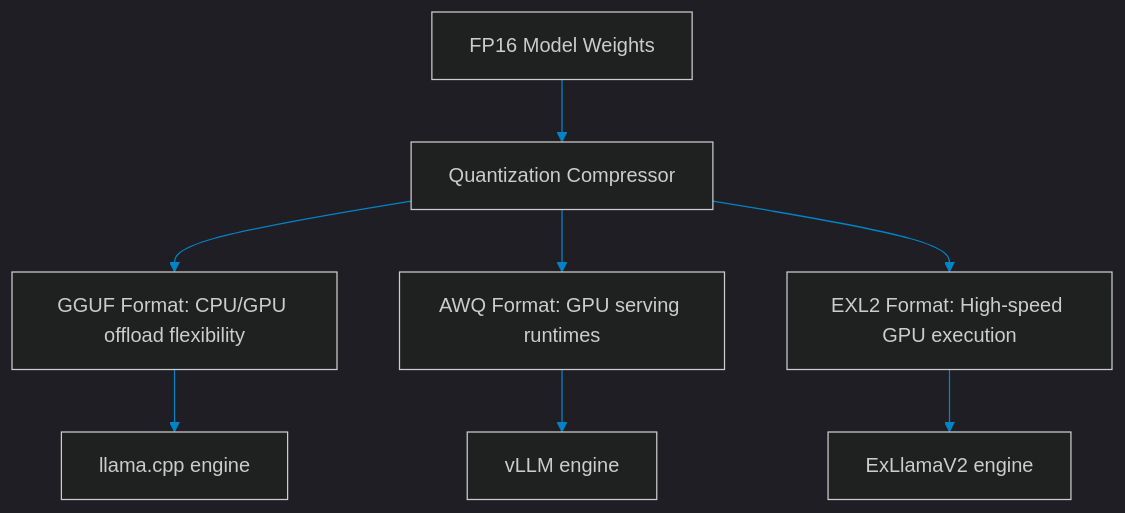
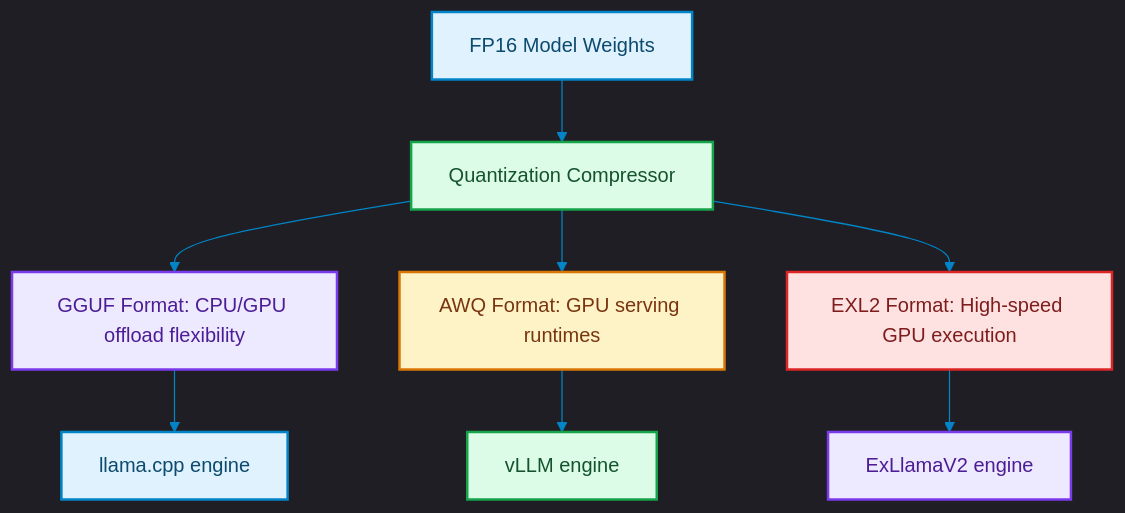
The diagram in blog/posts/serving-quantization-formats-gguf-awq-exl2.md (akmalkhaniub/akmalkhaniub.github.io), drawn with Mermaid before and after one commit. The commit also changed other lines of this file and 1291 other files, not shown here.

First line of the commit message:
feat(catalog): unique covers, scholarly references, and diagram palettes

````diff
--- a/blog/posts/serving-quantization-formats-gguf-awq-exl2.md
+++ b/blog/posts/serving-quantization-formats-gguf-awq-exl2.md
@@ -18,13 +18,24 @@
 ```mermaid
 %%{init: {'theme': 'dark', 'themeVariables': { 'primaryColor': '#0284c7', 'primaryTextColor': '#f3f4f6', 'primaryBorderColor': '#38bdf8', 'lineColor': '#0284c7', 'secondaryColor': '#111827', 'tertiaryColor': '#0b0f19'}}}%%
 flowchart TD
-    Model[FP16 Model Weights] --> Quant[Quantization Compressor]
+    Model["FP16 Model Weights"] --> Quant["Quantization Compressor"]
     
-    Quant --> GGUF[GGUF Format: CPU/GPU offload flexibility]
-    Quant --> AWQ[AWQ Format: GPU serving runtimes]
-    Quant --> EXL2[EXL2 Format: High-speed GPU execution]
+    Quant --> GGUF["GGUF Format: CPU/GPU offload flexibility"]
+    Quant --> AWQ["AWQ Format: GPU serving runtimes"]
+    Quant --> EXL2["EXL2 Format: High-speed GPU execution"]
     
-    GGUF --> Serv1[llama.cpp engine]
-    AWQ --> Serv2[vLLM engine]
-    EXL2 --> Serv3[ExLlamaV2 engine]
+    GGUF --> Serv1["llama.cpp engine"]
+    AWQ --> Serv2["vLLM engine"]
+    EXL2 --> Serv3["ExLlamaV2 engine"]
+
+classDef green fill:#dcfce7,stroke:#16a34a,stroke-width:2px,color:#14532d;
+classDef red fill:#fee2e2,stroke:#dc2626,stroke-width:2px,color:#7f1d1d;
+classDef blue fill:#e0f2fe,stroke:#0284c7,stroke-width:2px,color:#0c4a6e;
+classDef yellow fill:#fef3c7,stroke:#d97706,stroke-width:2px,color:#78350f;
+classDef purple fill:#ede9fe,stroke:#7c3aed,stroke-width:2px,color:#4c1d95;
+class Model,Serv1 blue
+class Quant,Serv2 green
+class GGUF,Serv3 purple
+class AWQ yellow
+class EXL2 red
 ```
````
